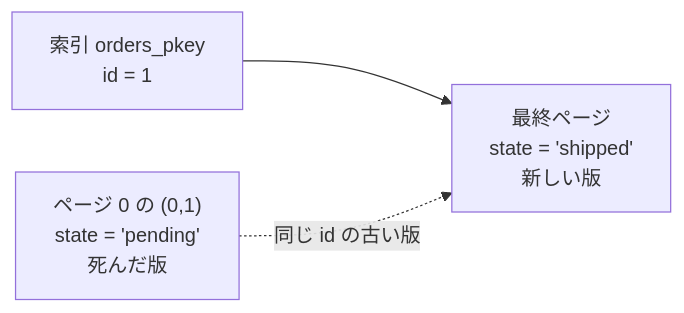
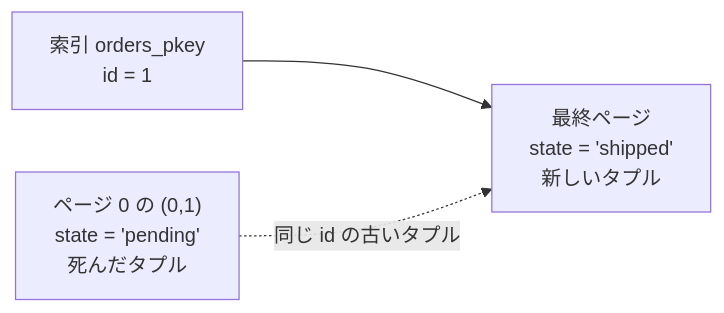
The first of 4 diagrams in apps/web/src/content/labs/vacuum-and-bloat.mdx (Fukuemon/fukuemon.dev), drawn with Mermaid before and after one commit. The commit also changed other lines of this file, not shown here.

````diff
--- a/apps/web/src/content/labs/vacuum-and-bloat.mdx
+++ b/apps/web/src/content/labs/vacuum-and-bloat.mdx
@@ -110,8 +108,8 @@
 ```mermaid
 flowchart LR
   K["索引 orders_pkey<br/>id = 1"]
-  T1["ページ 0 の (0,1)<br/>state = 'pending'<br/>死んだ版"]
-  T2["最終ページ<br/>state = 'shipped'<br/>新しい版"]
+  T1["ページ 0 の (0,1)<br/>state = 'pending'<br/>死んだタプル"]
+  T2["最終ページ<br/>state = 'shipped'<br/>新しいタプル"]
   K --> T2
-  T1 -. 同じ id の古い版 .-> T2
+  T1 -. 同じ id の古いタプル .-> T2
 ```
````
